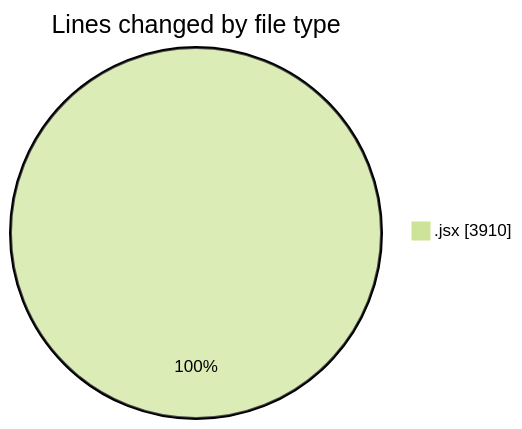
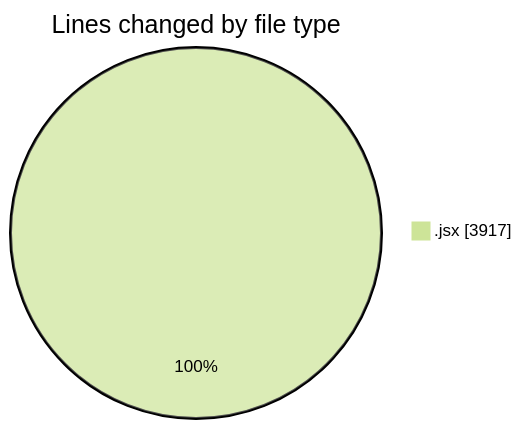
One commit to nxtqubesakshisongat/code-tracking changed the first of 2 diagrams in 2025-11-18/nxtqube_webapp/README.md. Above: the diagram before and after it, drawn with Mermaid (forest theme). The commit also changed other lines of this file and 1 other file, not shown here.

````diff
--- a/2025-11-18/nxtqube_webapp/README.md
+++ b/2025-11-18/nxtqube_webapp/README.md
@@ -23,5 +23,5 @@
 ```mermaid
 pie showData
 title Lines changed by file type
-".jsx" : 3910
+".jsx" : 3917
 ```
````
